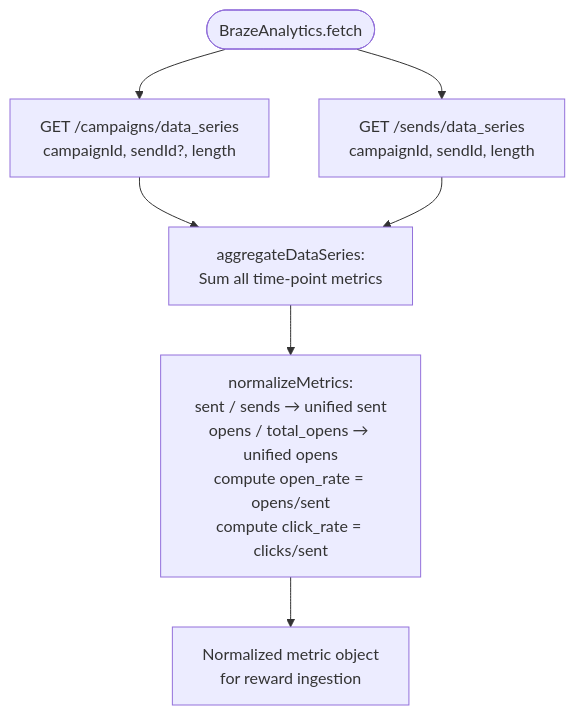
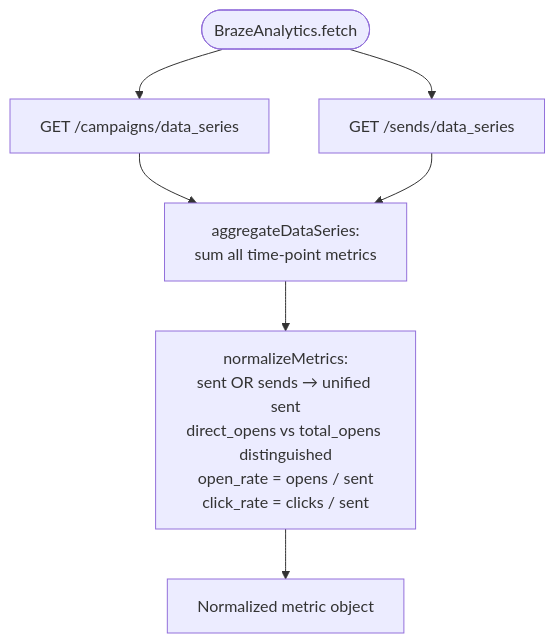
Before and after one commit to ender1311/nexusAi: the third of 3 diagrams in docs/braze-integration.md, drawn with Mermaid. The commit also changed other lines of this file and 17 other files, not shown here.

First line of the commit message:
docs: refresh architecture docs to match current app

````diff
--- a/docs/braze-integration.md
+++ b/docs/braze-integration.md
@@ -64,12 +96,12 @@
 ```mermaid
 flowchart TD
-    FETCH([BrazeAnalytics.fetch]) --> CAMPAIGN[GET /campaigns/data_series<br/>campaignId, sendId?, length]
-    FETCH --> SEND_SERIES[GET /sends/data_series<br/>campaignId, sendId, length]
+    FETCH([BrazeAnalytics.fetch]) --> CAMPAIGN[GET /campaigns/data_series]
+    FETCH --> SEND_SERIES[GET /sends/data_series]
 
-    CAMPAIGN --> AGG[aggregateDataSeries:<br/>Sum all time-point metrics]
+    CAMPAIGN --> AGG[aggregateDataSeries:<br/>sum all time-point metrics]
     SEND_SERIES --> AGG
 
-    AGG --> NORM[normalizeMetrics:<br/>sent / sends → unified sent<br/>opens / total_opens → unified opens<br/>compute open_rate = opens/sent<br/>compute click_rate = clicks/sent]
+    AGG --> NORM[normalizeMetrics:<br/>sent OR sends → unified sent<br/>direct_opens vs total_opens distinguished<br/>open_rate = opens / sent<br/>click_rate = clicks / sent]
 
-    NORM --> RESULT[Normalized metric object<br/>for reward ingestion]
+    NORM --> RESULT[Normalized metric object]
 ```
````
